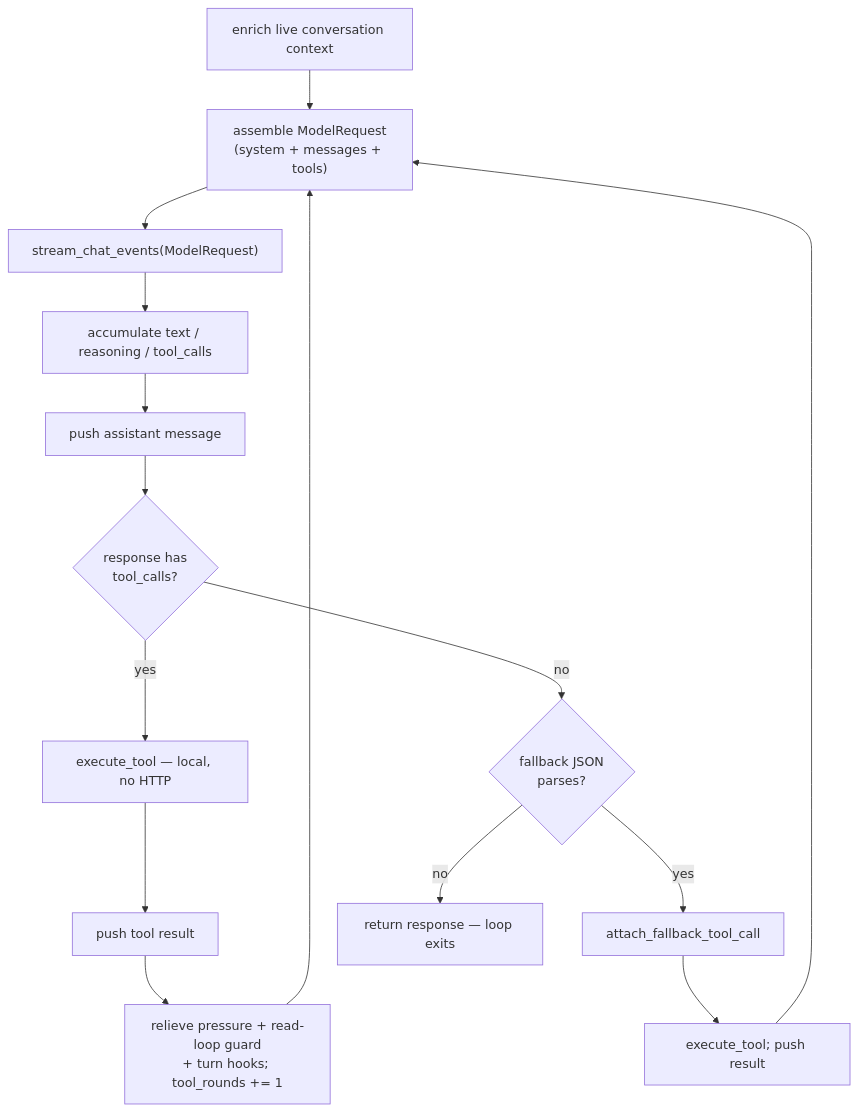
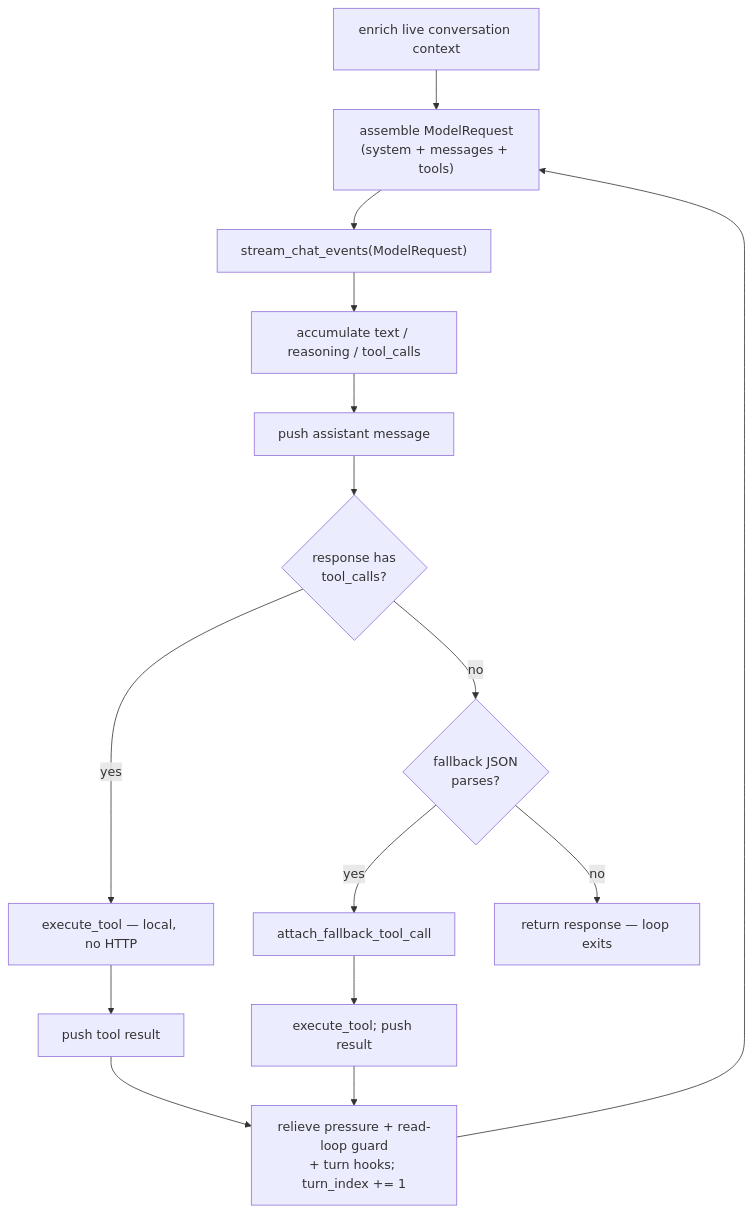
The diagram in docs/explanation/request-flow.md (ming2k/muta), drawn with Mermaid before and after one commit. The commit also changed other lines of this file and 133 other files, not shown here.

````diff
--- a/docs/explanation/request-flow.md
+++ b/docs/explanation/request-flow.md
@@ -145,17 +145,17 @@
 ```mermaid
 flowchart TD
     A["enrich live conversation context"] --> C["assemble ModelRequest<br/>(system + messages + tools)"]
     C --> D["stream_chat_events(ModelRequest)"]
     D --> E["accumulate text / reasoning / tool_calls"]
     E --> F["push assistant message"]
     F --> G{"response has<br/>tool_calls?"}
     G -- yes --> I["execute_tool — local, no HTTP"]
     I --> J["push tool result"]
-    J --> K["relieve pressure + read-loop guard<br/>+ turn hooks; tool_rounds += 1"]
+    J --> K["relieve pressure + read-loop guard<br/>+ turn hooks; turn_index += 1"]
     K --> C
     G -- no --> L{"fallback JSON<br/>parses?"}
     L -- yes --> M["attach_fallback_tool_call"]
     M --> N["execute_tool; push result"]
-    N --> C
+    N --> K
     L -- no --> O["return response — loop exits"]
 ```
````
